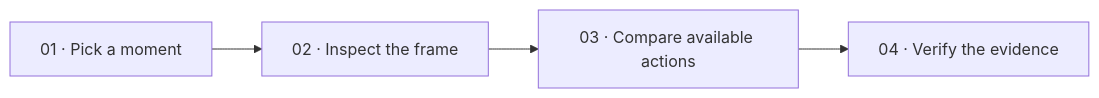
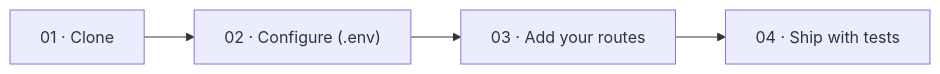
The first of 2 diagrams in README.md (Adamzuckk/Rematch), drawn with Mermaid before and after one commit. The commit also changed other lines of this file, not shown here.

````diff
--- a/README.md
+++ b/README.md
@@ -26,6 +27,6 @@
 ```mermaid
 flowchart LR
-  A["01 · Pick a moment"] --> B["02 · Inspect the frame"]
-  B --> C["03 · Compare available actions"]
-  C --> D["04 · Verify the evidence"]
+  A["01 · Clone"] --> B["02 · Configure (.env)"]
+  B --> C["03 · Add your routes"]
+  C --> D["04 · Ship with tests"]
 ```
````
